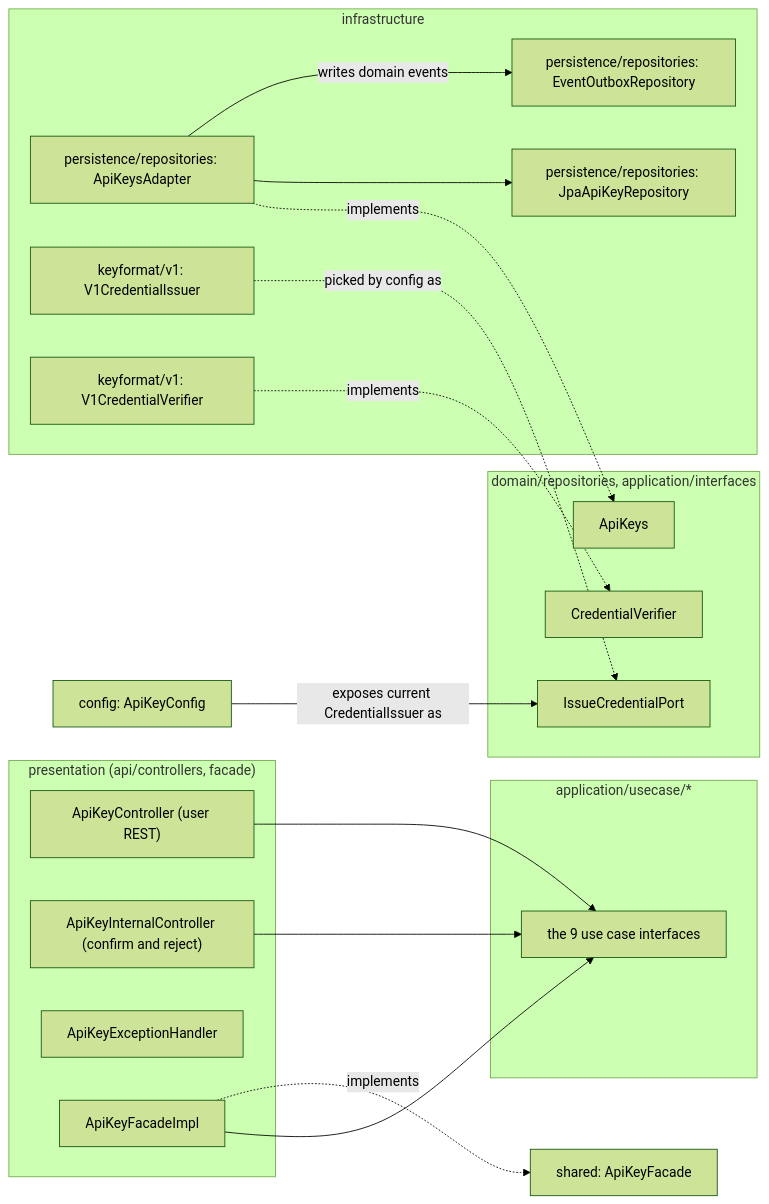
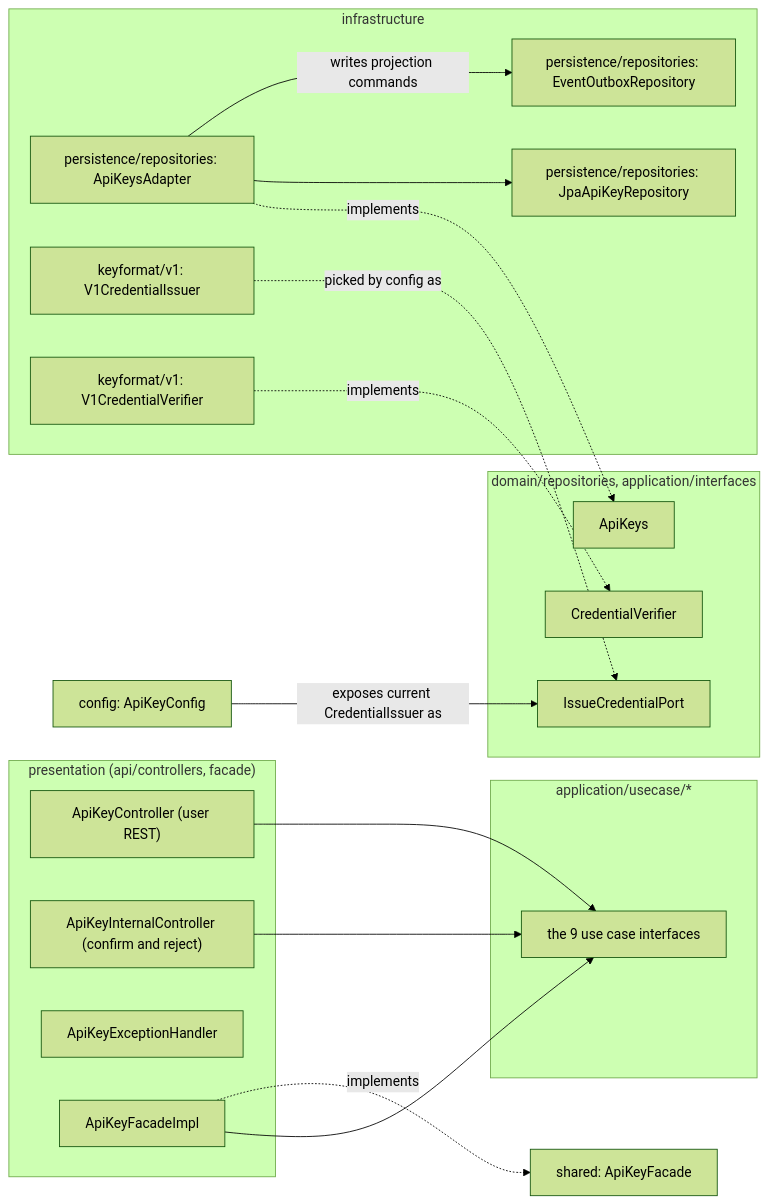
Before and after one commit to Dhiren9939/HQ-Tier0: the fifth of 7 diagrams in docs/access-class-structure.md, drawn with Mermaid (forest theme). The commit also changed other lines of this file and 3 other files, not shown here.

Commit message:
docs: describe outbound projection commands and the serviceId on confirm and reject

````diff
--- a/docs/access-class-structure.md
+++ b/docs/access-class-structure.md
@@ -384,37 +386,37 @@
 ```mermaid
 flowchart LR
     subgraph adapterin["presentation (api/controllers, facade)"]
         Ctl["ApiKeyController (user REST)"]
         ICtl["ApiKeyInternalController (confirm and reject)"]
         Adv["ApiKeyExceptionHandler"]
         FacadeImpl["ApiKeyFacadeImpl"]
     end
     subgraph portin["application/usecase/*"]
         UCs["the 9 use case interfaces"]
     end
     subgraph portout["domain/repositories, application/interfaces"]
         ApiKeysP["ApiKeys"]
         IssueCredP["IssueCredentialPort"]
         VerifierP["CredentialVerifier"]
     end
     subgraph adapterout["infrastructure"]
         ApiKeysAdapter["persistence/repositories: ApiKeysAdapter"]
         JpaRepo["persistence/repositories: JpaApiKeyRepository"]
         OutboxRepo["persistence/repositories: EventOutboxRepository"]
         Issuer["keyformat/v1: V1CredentialIssuer"]
         V1Verifier["keyformat/v1: V1CredentialVerifier"]
     end
     Facade["shared: ApiKeyFacade"]
     Cfg["config: ApiKeyConfig"]
 
     Ctl --> UCs
     ICtl --> UCs
     FacadeImpl --> UCs
     FacadeImpl -.->|implements| Facade
     ApiKeysAdapter -.->|implements| ApiKeysP
     Issuer -.->|picked by config as| IssueCredP
     V1Verifier -.->|implements| VerifierP
     ApiKeysAdapter --> JpaRepo
-    ApiKeysAdapter -->|writes domain events| OutboxRepo
+    ApiKeysAdapter -->|writes projection commands| OutboxRepo
     Cfg -->|exposes current CredentialIssuer as| IssueCredP
 ```
````
